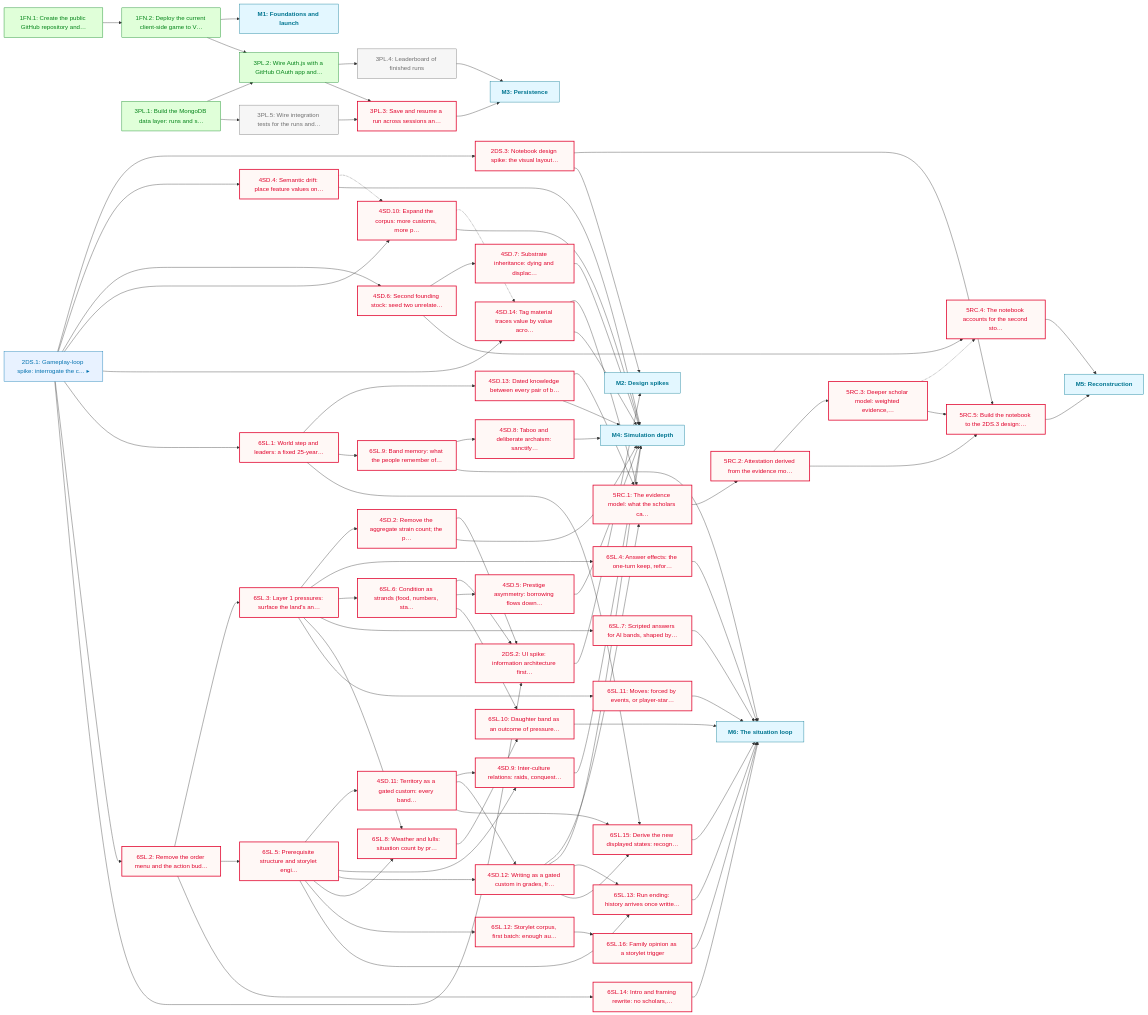
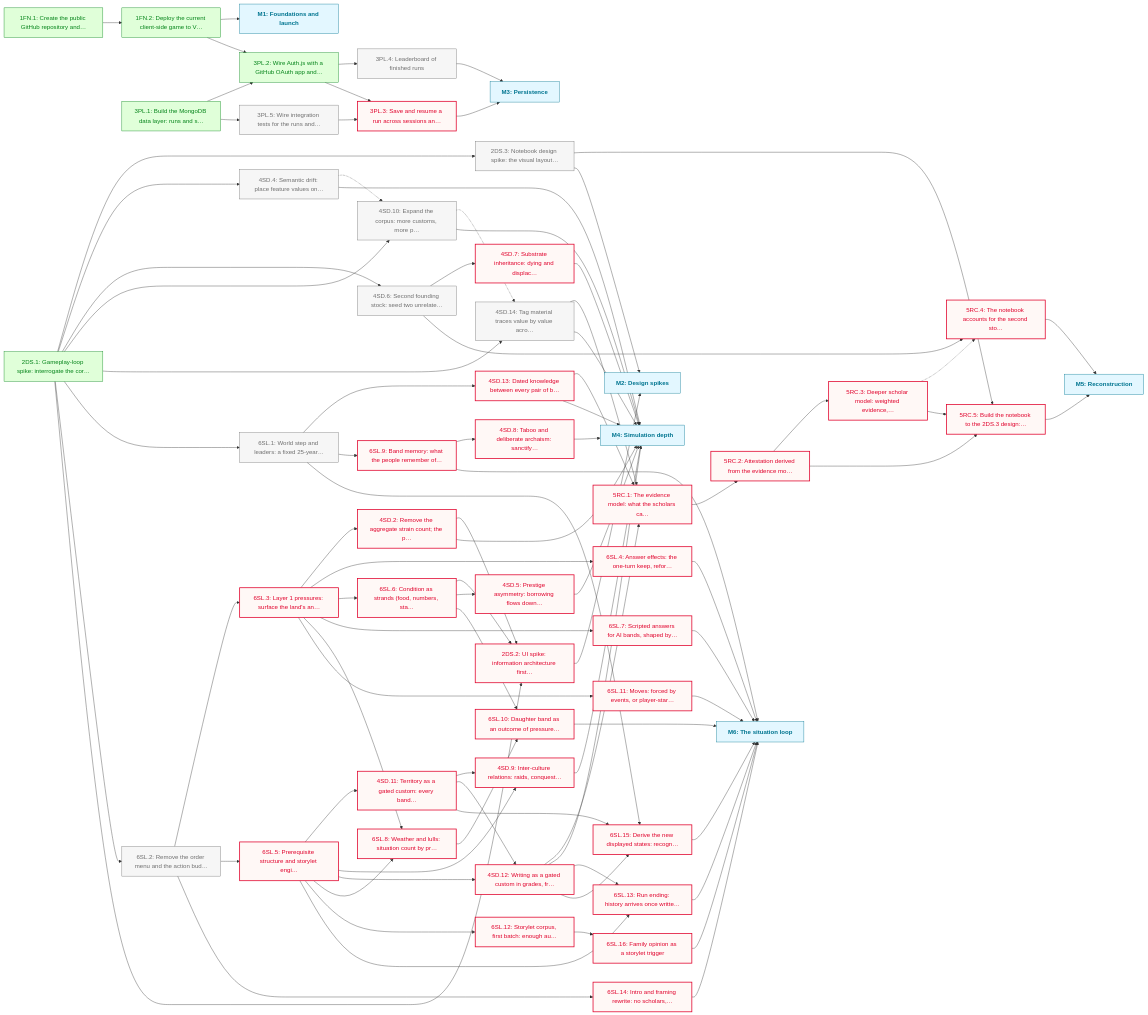
Before and after one commit to JasonWarrenUK/urheimat: the diagram in docs/roadmaps/PHASE_1.md, drawn with Mermaid. The commit also changed other lines of this file and 2 other files, not shown here.

First line of the commit message:
chore(roadmap): sync statuses after 2DS.1

````diff
--- a/docs/roadmaps/PHASE_1.md
+++ b/docs/roadmaps/PHASE_1.md
@@ -149,7 +149,7 @@
 	1FN.1["1FN.1: Create the public GitHub repository and…"]
 	1FN.2["1FN.2: Deploy the current client-side game to V…"]
 	M1["M1: Foundations and launch"]:::mile
-	2DS.1["2DS.1: Gameplay-loop spike: interrogate the c… ▸"]
+	2DS.1["2DS.1: Gameplay-loop spike: interrogate the cor…"]
 	2DS.3["2DS.3: Notebook design spike: the visual layout…"]
 	3PL.1["3PL.1: Build the MongoDB data layer: runs and s…"]
 	3PL.2["3PL.2: Wire Auth.js with a GitHub OAuth app and…"]
@@ -279,8 +279,7 @@
 	6SL.14 --> M6
 	6SL.15 --> M6
 	6SL.16 --> M6
-	class 3PL.4,3PL.5 todo
-	class 2DS.1 inProgress
-	class 2DS.2,2DS.3,3PL.3,4SD.10,4SD.11,4SD.12,4SD.13,4SD.14,4SD.2,4SD.4,4SD.5,4SD.6,4SD.7,4SD.8,4SD.9,5RC.1,5RC.2,5RC.3,5RC.4,5RC.5,6SL.1,6SL.10,6SL.11,6SL.12,6SL.13,6SL.14,6SL.15,6SL.16,6SL.2,6SL.3,6SL.4,6SL.5,6SL.6,6SL.7,6SL.8,6SL.9 blocked
-	class 1FN.1,1FN.2,3PL.1,3PL.2 done
+	class 2DS.3,3PL.4,3PL.5,4SD.10,4SD.14,4SD.4,4SD.6,6SL.1,6SL.2 todo
+	class 2DS.2,3PL.3,4SD.11,4SD.12,4SD.13,4SD.2,4SD.5,4SD.7,4SD.8,4SD.9,5RC.1,5RC.2,5RC.3,5RC.4,5RC.5,6SL.10,6SL.11,6SL.12,6SL.13,6SL.14,6SL.15,6SL.16,6SL.3,6SL.4,6SL.5,6SL.6,6SL.7,6SL.8,6SL.9 blocked
+	class 1FN.1,1FN.2,2DS.1,3PL.1,3PL.2 done
 ```
````
